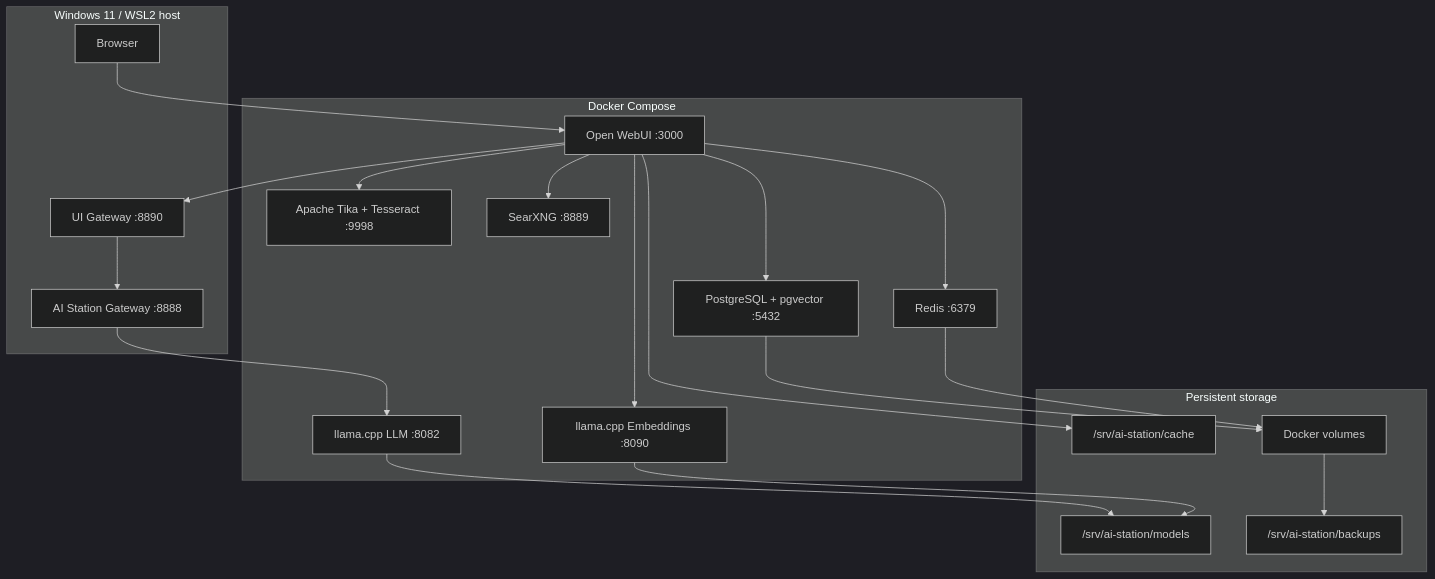
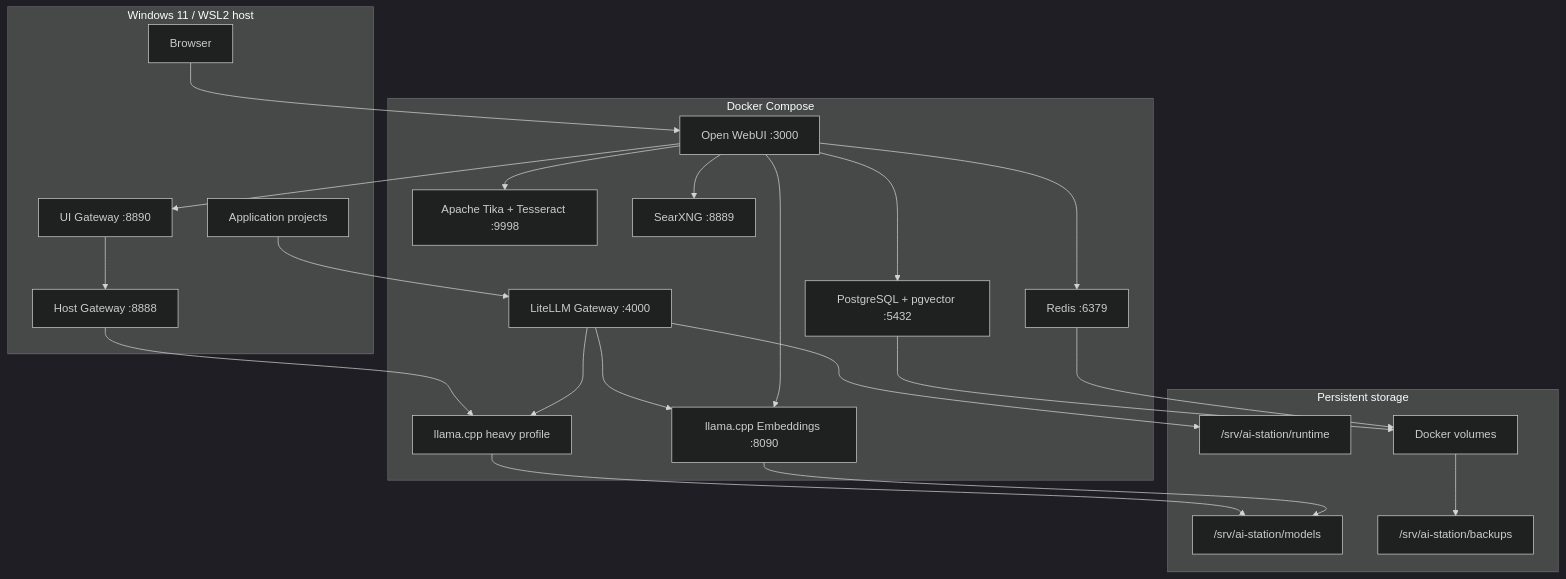
Before and after one commit to Ramtin-Karbaschi/ai-station: the diagram in docs/ARCHITECTURE.md, drawn with Mermaid (dark theme). The commit also changed other lines of this file and 41 other files, not shown here.

```diff
--- a/docs/ARCHITECTURE.md
+++ b/docs/ARCHITECTURE.md
@@ -15,43 +18,48 @@
 ~~~mermaid
 flowchart TB
     subgraph Host["Windows 11 / WSL2 host"]
         Browser["Browser"]
+        Apps["Application projects"]
         UIGateway["UI Gateway :8890"]
-        Gateway["AI Station Gateway :8888"]
+        Gateway["Host Gateway :8888"]
     end
 
     subgraph Docker["Docker Compose"]
         WebUI["Open WebUI :3000"]
-        LLM["llama.cpp LLM :8082"]
+        LiteLLM["LiteLLM Gateway :4000"]
+        LLM["llama.cpp heavy profile"]
         Embedder["llama.cpp Embeddings :8090"]
         Tika["Apache Tika + Tesseract :9998"]
         Search["SearXNG :8889"]
         Postgres["PostgreSQL + pgvector :5432"]
         Redis["Redis :6379"]
     end
 
     subgraph Storage["Persistent storage"]
         Models["/srv/ai-station/models"]
-        Cache["/srv/ai-station/cache"]
+        Runtime["/srv/ai-station/runtime"]
         Backups["/srv/ai-station/backups"]
         Volumes["Docker volumes"]
     end
 
     Browser --> WebUI
     WebUI --> UIGateway
     UIGateway --> Gateway
     Gateway --> LLM
+    Apps --> LiteLLM
+    LiteLLM --> LLM
+    LiteLLM --> Embedder
 
     WebUI --> Embedder
     WebUI --> Tika
     WebUI --> Search
     WebUI --> Postgres
     WebUI --> Redis
 
     LLM --> Models
     Embedder --> Models
-    WebUI --> Cache
     Postgres --> Volumes
     Redis --> Volumes
     Volumes --> Backups
+    LiteLLM --> Runtime
 ~~~
```
